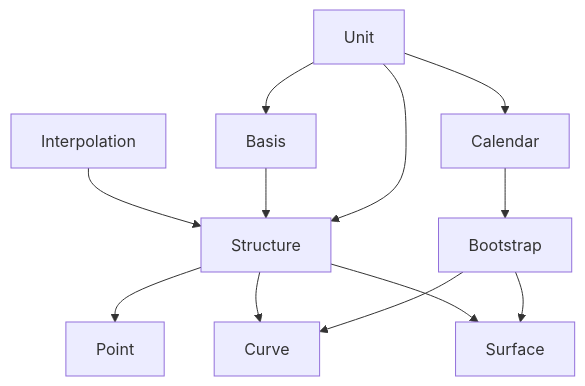
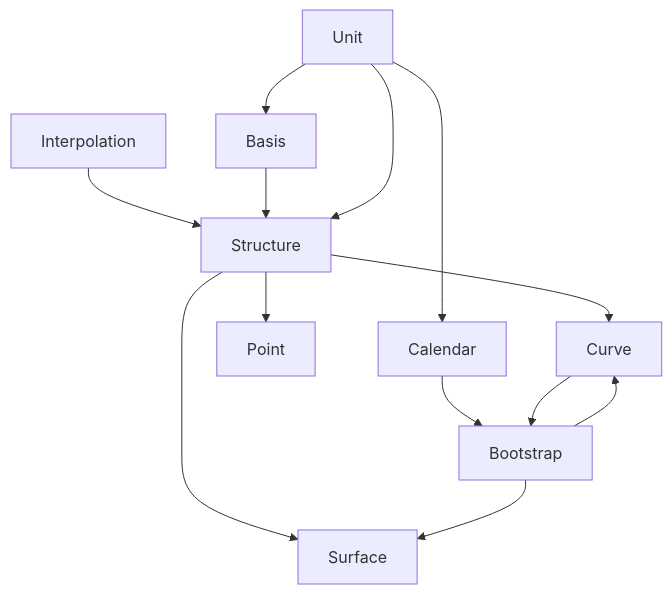
Before and after one commit to tristanvandevelde/finstruct: the diagram in README.md, drawn with Mermaid.

````diff
--- a/README.md
+++ b/README.md
@@ -32,14 +32,15 @@
 ```mermaid
 graph TD;
     Unit-->Basis;
     Interpolation-->Structure;
     Unit-->Calendar;
     Basis-->Structure;
     Unit-->Structure;
     Structure-->Point;
     Structure-->Curve;
     Structure-->Surface;
     Calendar-->Bootstrap;
     Bootstrap-->Curve;
+    Curve-->Bootstrap;
     Bootstrap-->Surface;
 ```
````
